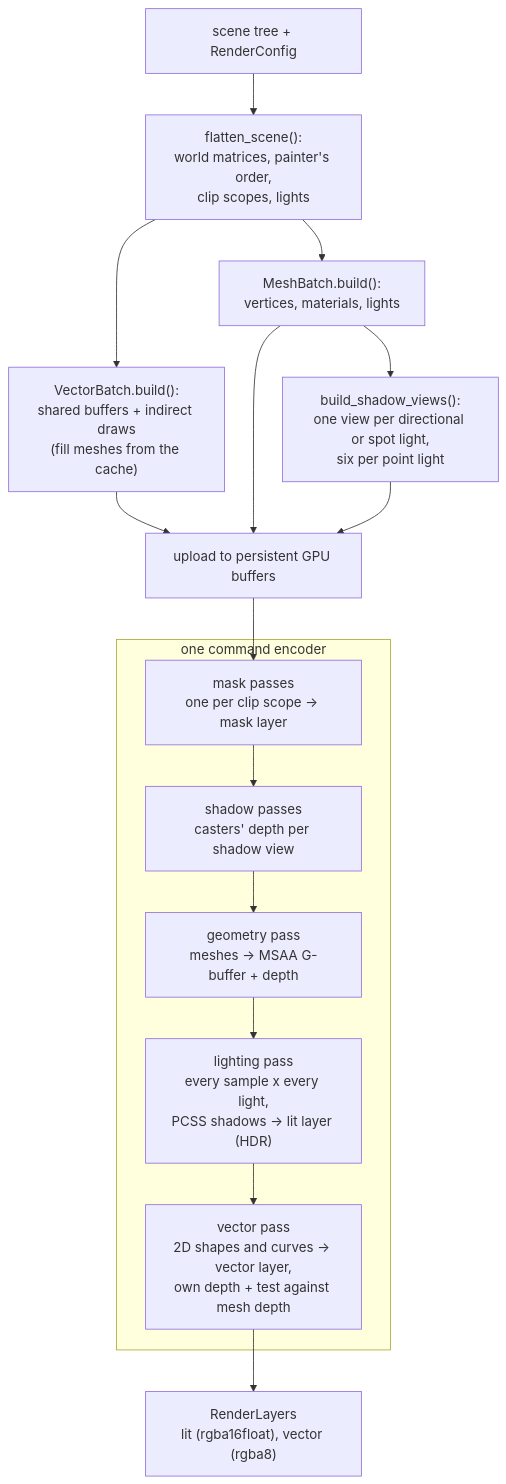
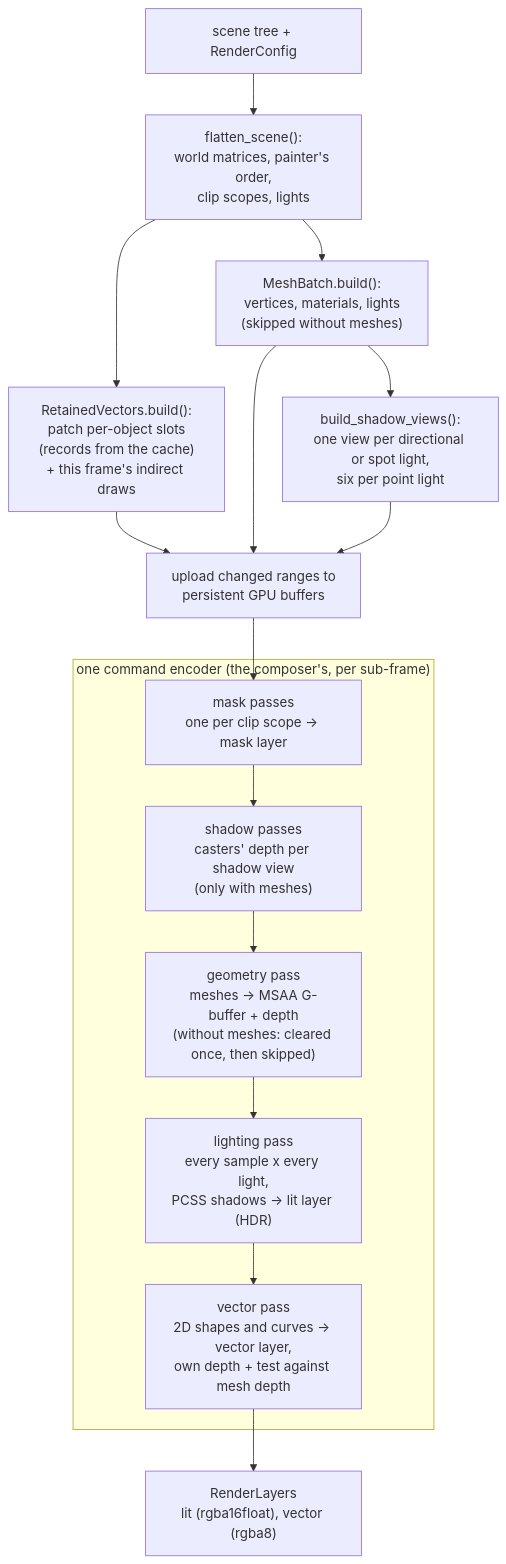
The second of 6 diagrams in manimx/manimx/renderer/README.md (MrDiver/manim), drawn with Mermaid before and after one commit. The commit also changed other lines of this file and 1 other file, not shown here.

First line of the commit message:
manimx: document the architecture, lifetimes and design decisions

````diff
--- a/manimx/manimx/renderer/README.md
+++ b/manimx/manimx/renderer/README.md
@@ -204,19 +204,19 @@
 ```mermaid
 flowchart TD
     A["scene tree + RenderConfig"] --> B["flatten_scene():<br/>world matrices, painter's order,<br/>clip scopes, lights"]
-    B --> C["VectorBatch.build():<br/>shared buffers + indirect draws<br/>(fill meshes from the cache)"]
-    B --> D["MeshBatch.build():<br/>vertices, materials, lights"]
+    B --> C["RetainedVectors.build():<br/>patch per-object slots<br/>(records from the cache)<br/>+ this frame's indirect draws"]
+    B --> D["MeshBatch.build():<br/>vertices, materials, lights<br/>(skipped without meshes)"]
     D --> E["build_shadow_views():<br/>one view per directional or spot light,<br/>six per point light"]
-    C & D & E --> F["upload to persistent GPU buffers"]
+    C & D & E --> F["upload changed ranges to<br/>persistent GPU buffers"]
     F --> P1
 
-    subgraph GPU["one command encoder"]
+    subgraph GPU["one command encoder (the composer's, per sub-frame)"]
         P1["mask passes<br/>one per clip scope -> mask layer"] --> P2
-        P2["shadow passes<br/>casters' depth per shadow view"] --> P3
-        P3["geometry pass<br/>meshes -> MSAA G-buffer + depth"] --> P4
+        P2["shadow passes<br/>casters' depth per shadow view<br/>(only with meshes)"] --> P3
+        P3["geometry pass<br/>meshes -> MSAA G-buffer + depth<br/>(without meshes: cleared once, then skipped)"] --> P4
         P4["lighting pass<br/>every sample x every light,<br/>PCSS shadows -> lit layer (HDR)"] --> P5
         P5["vector pass<br/>2D shapes and curves -> vector layer,<br/>own depth + test against mesh depth"]
     end
 
     P5 --> L["RenderLayers<br/>lit (rgba16float), vector (rgba8)"]
 ```
````
